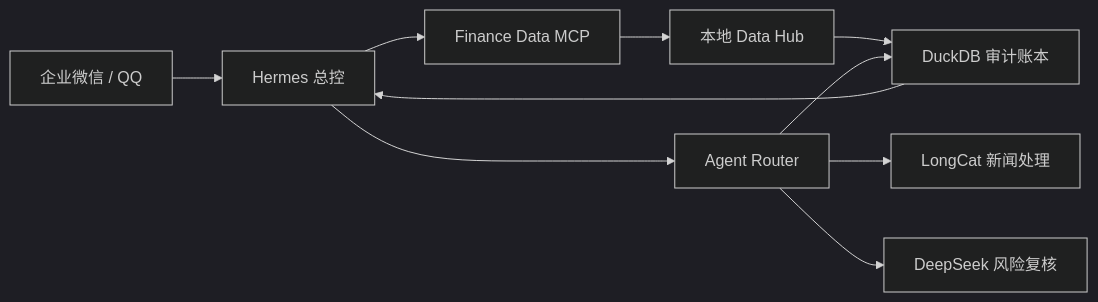
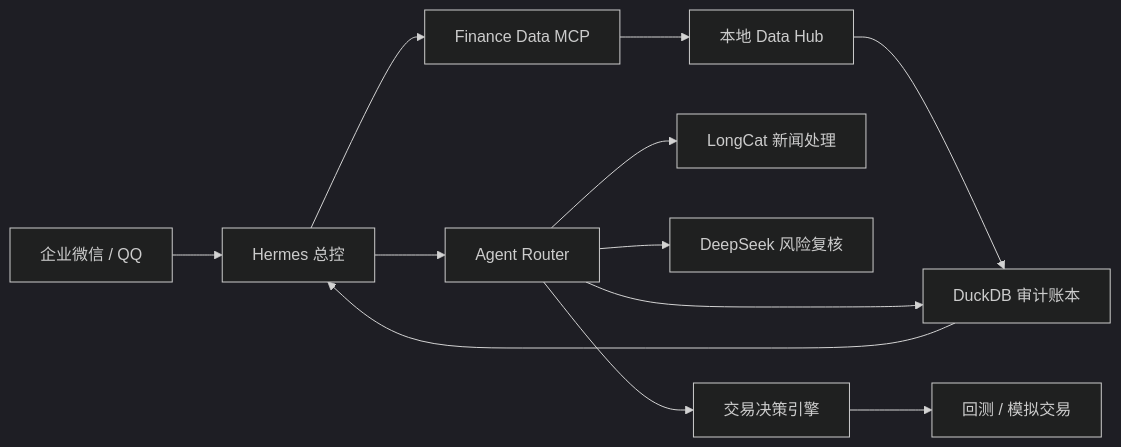
The diagram in README.zh-CN.md (Shixi216/aiquant-lite), drawn with Mermaid (dark theme) before and after one commit. The commit also changed other lines of this file and 22 other files, not shown here.

````diff
--- a/README.zh-CN.md
+++ b/README.zh-CN.md
@@ -24,12 +26,14 @@
 ```mermaid
 flowchart LR
     U["企业微信 / QQ"] --> H["Hermes 总控"]
     H --> M["Finance Data MCP"]
     M --> D["本地 Data Hub"]
     H --> R["Agent Router"]
     R --> L["LongCat 新闻处理"]
     R --> K["DeepSeek 风险复核"]
+    R --> T["交易决策引擎"]
+    T --> P["回测 / 模拟交易"]
     D --> A["DuckDB 审计账本"]
     R --> A
     A --> H
 ```
````
